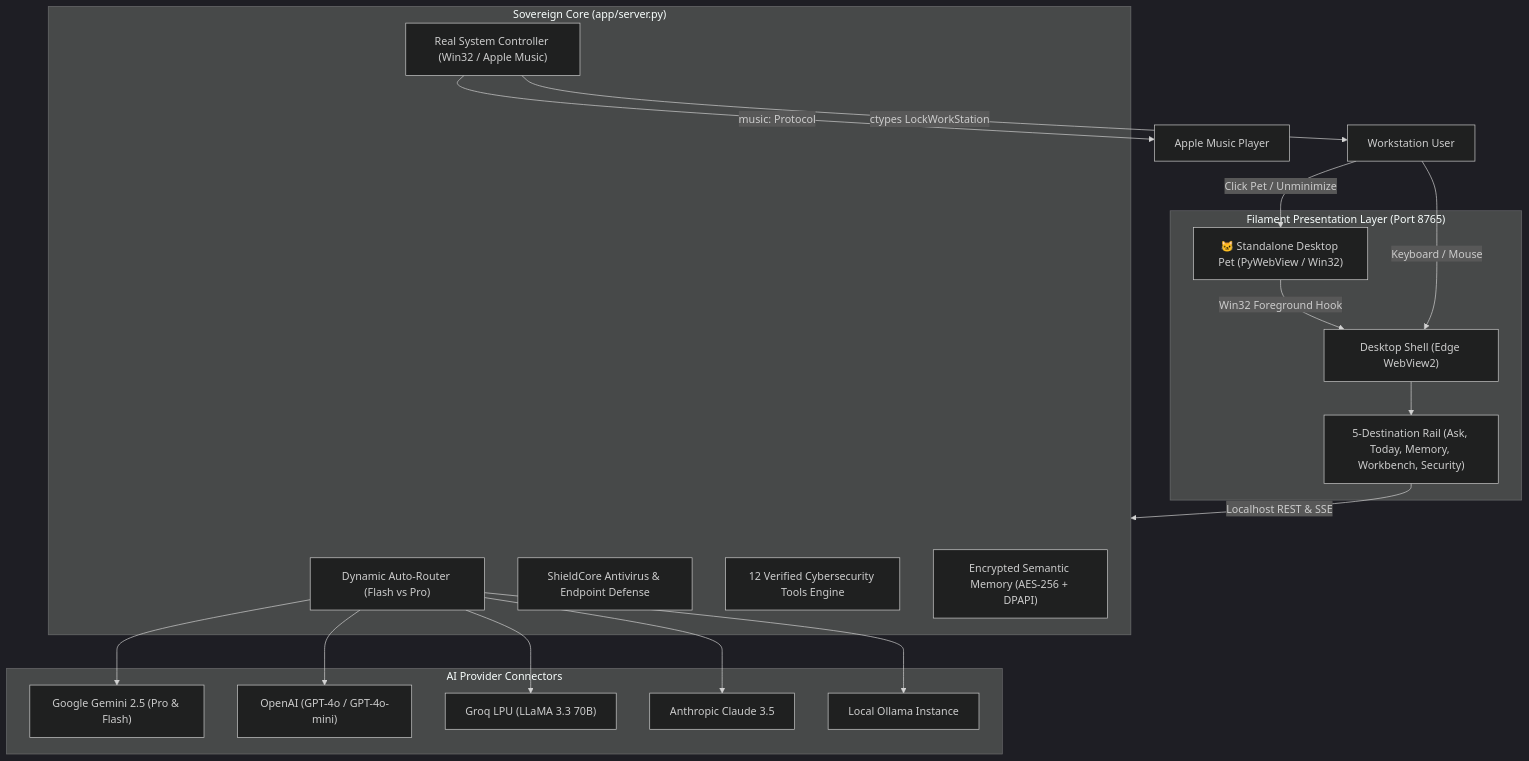
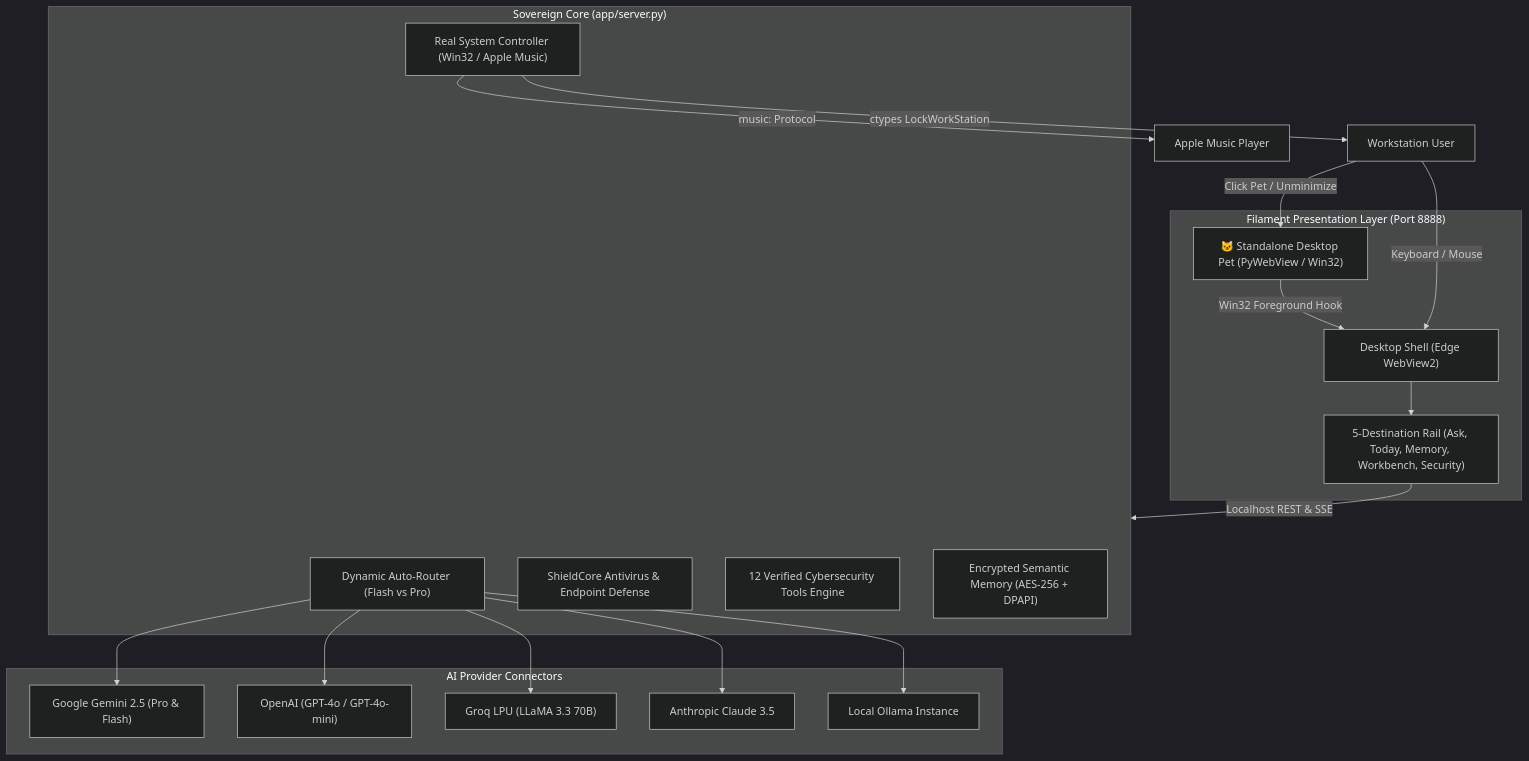
One commit to Maher-Bhatt/KALKI changed the diagram in README.md. Above: the diagram before and after it, drawn with Mermaid (dark theme). The commit also changed other lines of this file and 28 other files, not shown here.

````diff
--- a/README.md
+++ b/README.md
@@ -173,41 +173,41 @@
 ```mermaid
 flowchart TD
     User["Workstation User"]
     
-    subgraph UI ["Filament Presentation Layer (Port 8765)"]
+    subgraph UI ["Filament Presentation Layer (Port 8888)"]
         DeskPet["🐱 Standalone Desktop Pet (PyWebView / Win32)"]
         Shell["Desktop Shell (Edge WebView2)"]
         Nav["5-Destination Rail (Ask, Today, Memory, Workbench, Security)"]
     end
 
     subgraph Core ["Sovereign Core (app/server.py)"]
         Router["Dynamic Auto-Router (Flash vs Pro)"]
         LocalHandler["Real System Controller (Win32 / Apple Music)"]
         ShieldCore["ShieldCore Antivirus & Endpoint Defense"]
         CyberTools["12 Verified Cybersecurity Tools Engine"]
         MemVault["Encrypted Semantic Memory (AES-256 + DPAPI)"]
     end
 
     subgraph Providers ["AI Provider Connectors"]
         Gemini["Google Gemini 2.5 (Pro & Flash)"]
         OpenAI["OpenAI (GPT-4o / GPT-4o-mini)"]
         Groq["Groq LPU (LLaMA 3.3 70B)"]
         Claude["Anthropic Claude 3.5"]
         Ollama["Local Ollama Instance"]
     end
 
     User -->|Click Pet / Unminimize| DeskPet
     DeskPet -->|Win32 Foreground Hook| Shell
     User -->|Keyboard / Mouse| Shell
     Shell --> Nav
     Nav -->|Localhost REST & SSE| Core
     
     Router --> Gemini
     Router --> OpenAI
     Router --> Groq
     Router --> Claude
     Router --> Ollama
     
     LocalHandler -->|ctypes LockWorkStation| User
     LocalHandler -->|music: Protocol| AppleMusic["Apple Music Player"]
 ```
````
